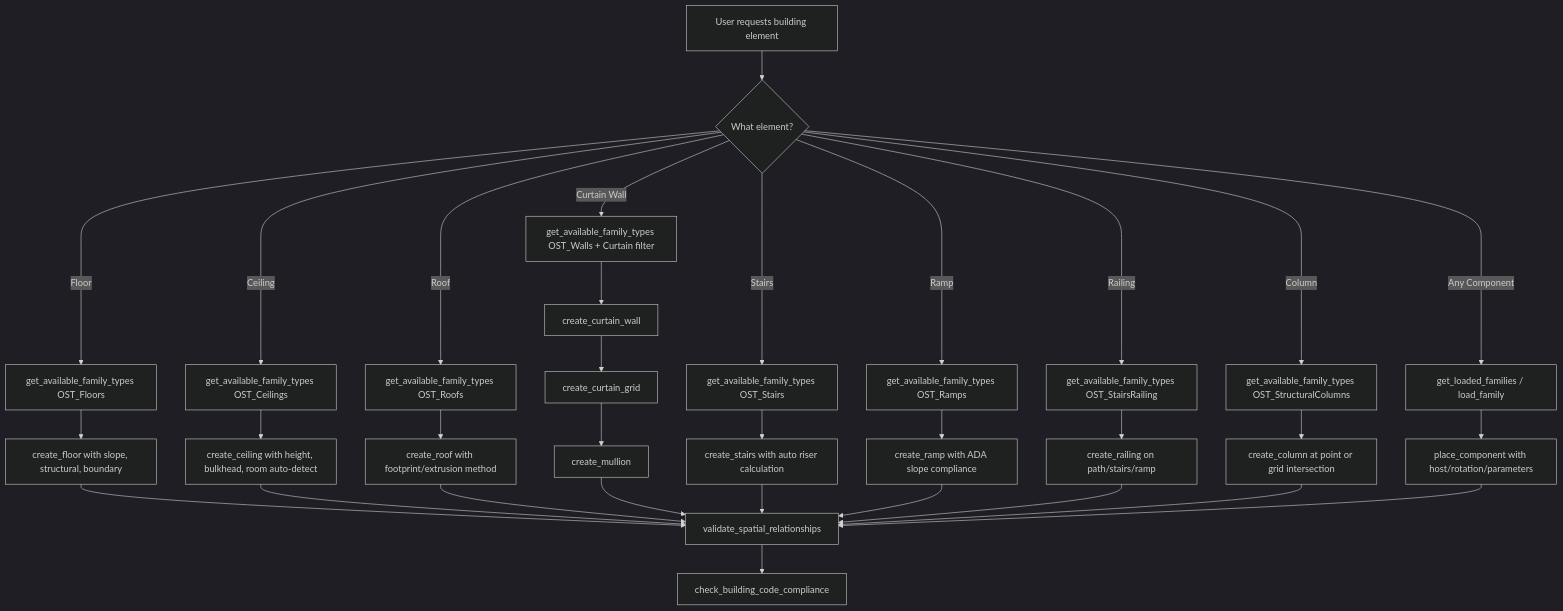
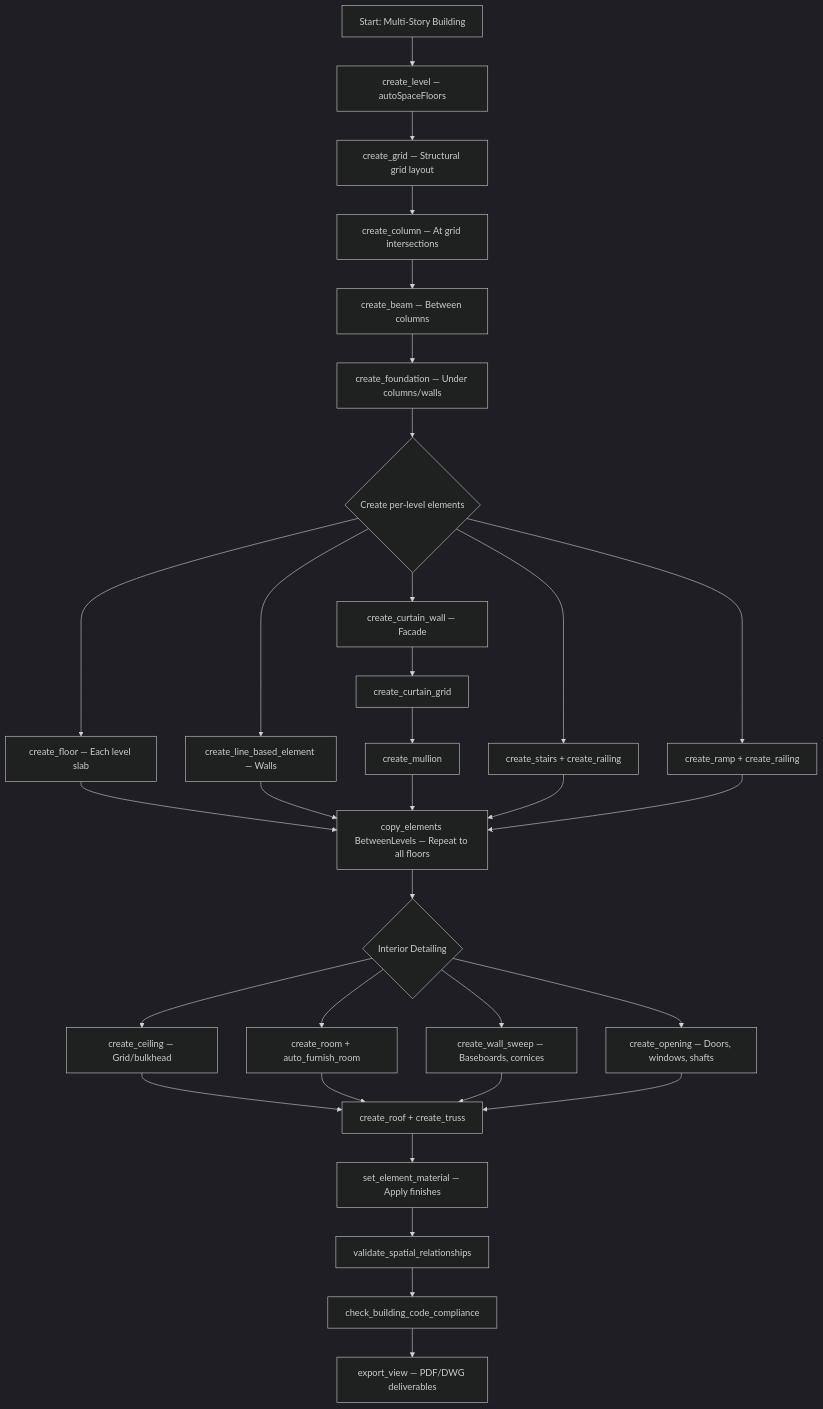
The third of 3 diagrams in README.md (RAJ-IITROORKEE/Revit-mcp-datum), drawn with Mermaid (dark theme) before and after one commit. The commit also changed other lines of this file and 25 other files, not shown here.

````diff
--- a/README.md
+++ b/README.md
@@ -385,24 +476,26 @@
 ```mermaid
 flowchart TD
-    A[User requests building element] --> B{What element?}
-    B -->|Floor| C[get_available_family_types OST_Floors]
-    B -->|Ceiling| D[get_available_family_types OST_Ceilings]
-    B -->|Roof| E[get_available_family_types OST_Roofs]
-    B -->|Curtain Wall| F[get_available_family_types OST_Walls + Curtain filter]
-    B -->|Stairs| G[get_available_family_types OST_Stairs]
-    B -->|Ramp| H[get_available_family_types OST_Ramps]
-    B -->|Railing| I[get_available_family_types OST_StairsRailing]
-    B -->|Column| J[get_available_family_types OST_StructuralColumns]
-    B -->|Any Component| K[get_loaded_families / load_family]
-    C --> C1[create_floor with slope, structural, boundary]
-    D --> D1[create_ceiling with height, bulkhead, room auto-detect]
-    E --> E1[create_roof with footprint/extrusion method]
-    F --> F1[create_curtain_wall] --> F2[create_curtain_grid] --> F3[create_mullion]
-    G --> G1[create_stairs with auto riser calculation]
-    H --> H1[create_ramp with ADA slope compliance]
-    I --> I1[create_railing on path/stairs/ramp]
-    J --> J1[create_column at point or grid intersection]
-    K --> K1[place_component with host/rotation/parameters]
-    C1 & D1 & E1 & F3 & G1 & H1 & I1 & J1 & K1 --> L[validate_spatial_relationships]
+    A[Start: Multi-Story Building] --> B[create_level — autoSpaceFloors]
+    B --> C[create_grid — Structural grid layout]
+    C --> D[create_column — At grid intersections]
+    D --> E[create_beam — Between columns]
+    E --> F[create_foundation — Under columns/walls]
+    F --> G{Create per-level elements}
+    G --> G1[create_floor — Each level slab]
+    G --> G2[create_line_based_element — Walls]
+    G --> G3[create_curtain_wall — Facade]
+    G3 --> G3a[create_curtain_grid] --> G3b[create_mullion]
+    G --> G4[create_stairs + create_railing]
+    G --> G5[create_ramp + create_railing]
+    G1 & G2 & G3b & G4 & G5 --> H[copy_elements BetweenLevels — Repeat to all floors]
+    H --> I{Interior Detailing}
+    I --> I1[create_ceiling — Grid/bulkhead]
+    I --> I2[create_room + auto_furnish_room]
+    I --> I3[create_wall_sweep — Baseboards, cornices]
+    I --> I4[create_opening — Doors, windows, shafts]
+    I1 & I2 & I3 & I4 --> J[create_roof + create_truss]
+    J --> K[set_element_material — Apply finishes]
+    K --> L[validate_spatial_relationships]
     L --> M[check_building_code_compliance]
+    M --> N[export_view — PDF/DWG deliverables]
 ```
````
